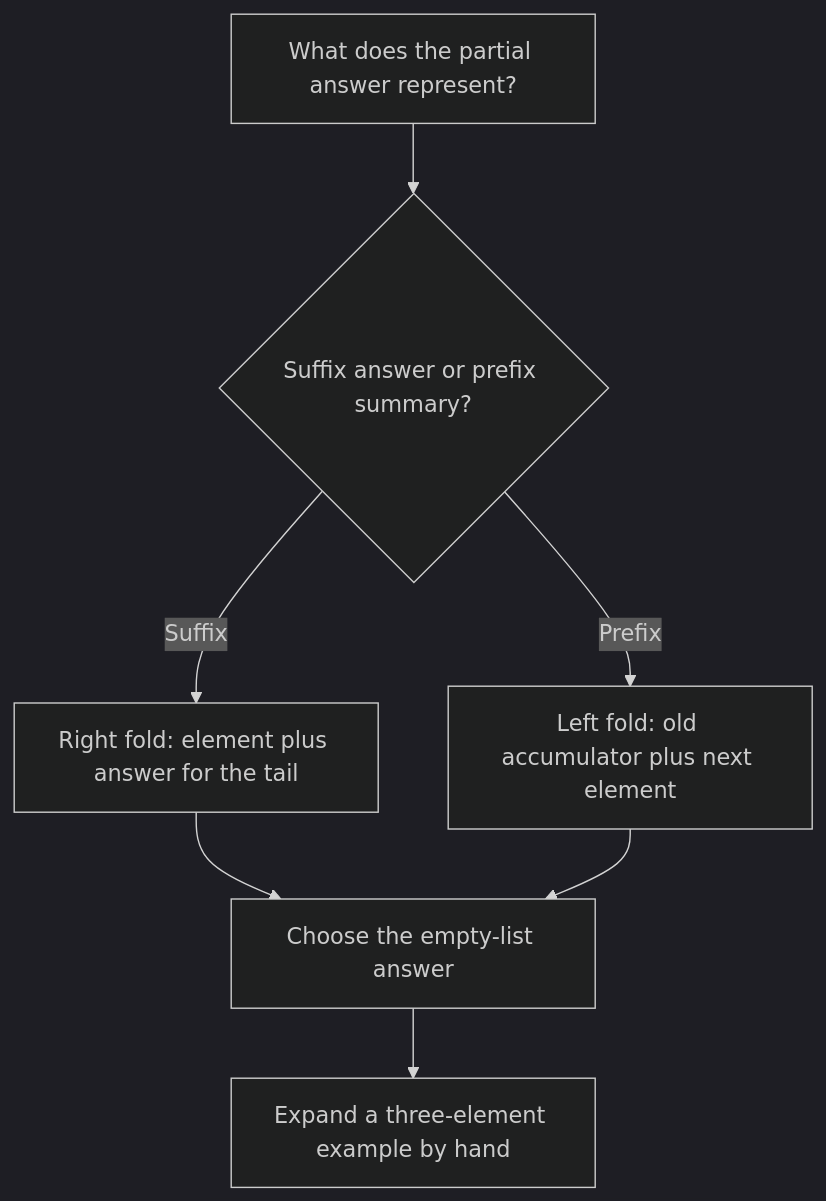
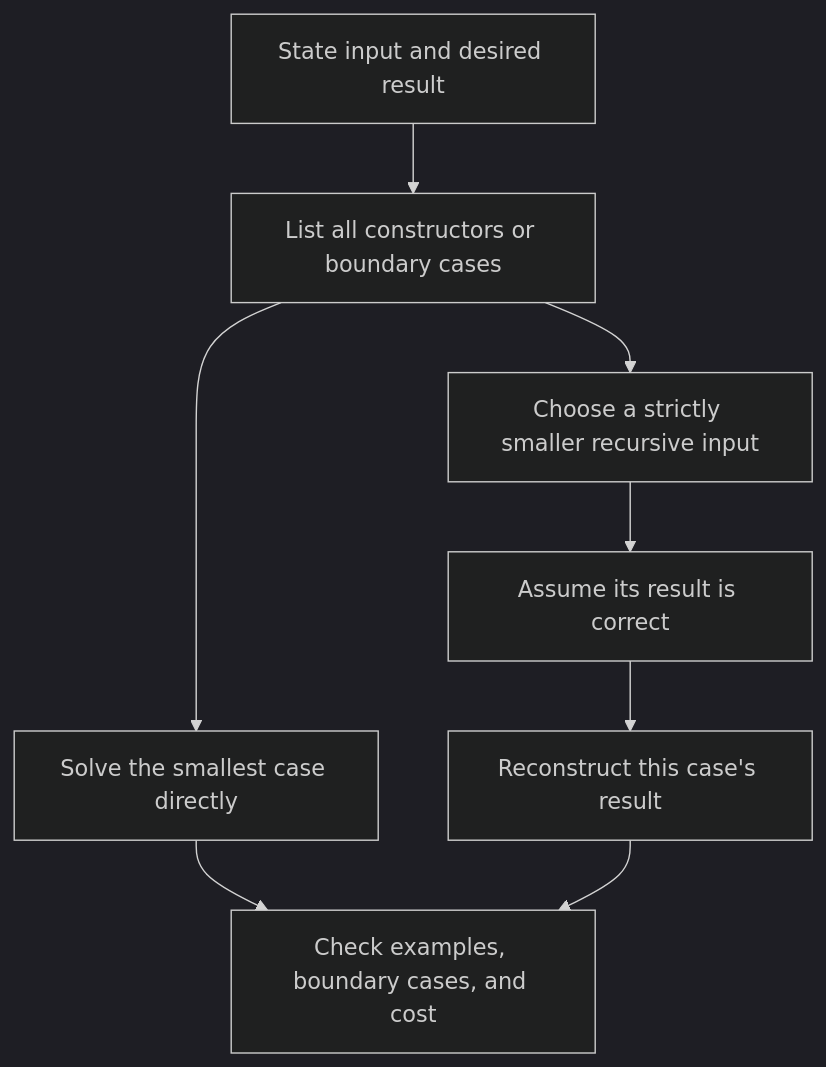
Before and after one commit to S0lluxx26/Programming_language_book_analyze: the diagram in dist/assets/diagrams/textbook-02-3.mmd, drawn with Mermaid (dark theme). The commit also changed 194 other files, not shown here.

```diff
--- a/dist/assets/diagrams/textbook-02-3.mmd
+++ b/dist/assets/diagrams/textbook-02-3.mmd
@@ -1,9 +1,10 @@
 flowchart TD
-  accTitle: Choose a fold from the meaning of its accumulator
-  accDescr: A right fold combines an element with the processed suffix; a left fold updates a processed-prefix summary.
-  A["What does the partial answer represent?"] --> B{"Suffix answer or prefix summary?"}
-  B -->|Suffix| C["Right fold: element plus answer for the tail"]
-  B -->|Prefix| D["Left fold: old accumulator plus next element"]
-  C --> E["Choose the empty-list answer"]
-  D --> E
-  E --> F["Expand a three-element example by hand"]
+  accTitle: Derive recursion before writing recursive calls
+  accDescr: Choose the base case, smaller input, and recombination rule, then check termination and cost.
+  A["State input and desired result"] --> B["List all constructors or boundary cases"]
+  B --> C["Solve the smallest case directly"]
+  B --> D["Choose a strictly smaller recursive input"]
+  D --> E["Assume its result is correct"]
+  E --> F["Reconstruct this case's result"]
+  C --> G["Check examples, boundary cases, and cost"]
+  F --> G
```
